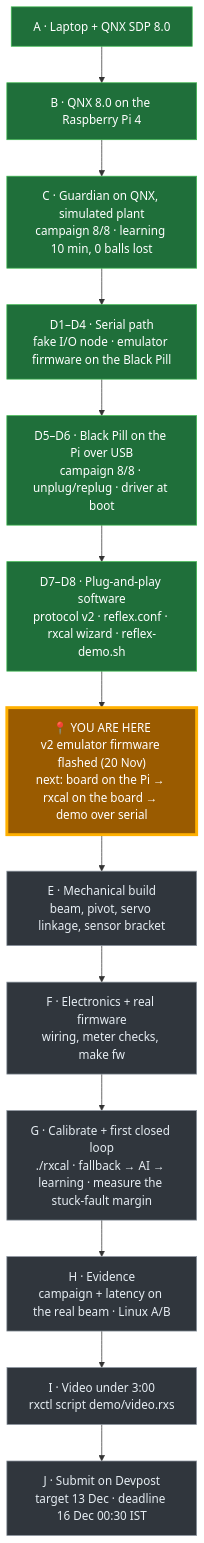
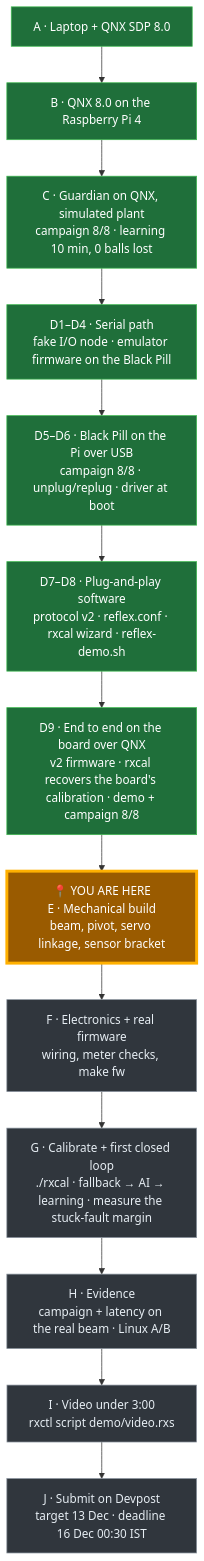
Before and after one commit to ApratimPhadke/Reflex: the diagram in README.md, drawn with Mermaid. The commit also changed other lines of this file and 12 other files, not shown here.

````diff
--- a/README.md
+++ b/README.md
@@ -138,19 +138,19 @@
 ```mermaid
 flowchart TD
     A["A · Laptop + QNX SDP 8.0"]:::done --> B["B · QNX 8.0 on the Raspberry Pi 4"]:::done
     B --> C["C · Guardian on QNX, simulated plant<br/>campaign 8/8 · learning 10 min, 0 balls lost"]:::done
     C --> D1["D1–D4 · Serial path<br/>fake I/O node · emulator firmware on the Black Pill"]:::done
     D1 --> D5["D5–D6 · Black Pill on the Pi over USB<br/>campaign 8/8 · unplug/replug · driver at boot"]:::done
     D5 --> D7["D7–D8 · Plug-and-play software<br/>protocol v2 · reflex.conf · rxcal wizard · reflex-demo.sh"]:::done
-    D7 --> NOW["📍 YOU ARE HERE<br/>v2 emulator firmware flashed (20 Nov)<br/>next: board on the Pi → rxcal on the board → demo over serial"]:::now
-    NOW --> E["E · Mechanical build<br/>beam, pivot, servo linkage, sensor bracket"]:::todo
+    D7 --> D9["D9 · End to end on the board over QNX<br/>v2 firmware · rxcal recovers the board's calibration · demo + campaign 8/8"]:::done
+    D9 --> E["📍 YOU ARE HERE<br/>E · Mechanical build<br/>beam, pivot, servo linkage, sensor bracket"]:::now
     E --> F["F · Electronics + real firmware<br/>wiring, meter checks, make fw"]:::todo
     F --> G["G · Calibrate + first closed loop<br/>./rxcal · fallback → AI → learning · measure the stuck-fault margin"]:::todo
     G --> H["H · Evidence<br/>campaign + latency on the real beam · Linux A/B"]:::todo
     H --> I["I · Video under 3:00<br/>rxctl script demo/video.rxs"]:::todo
     I --> J["J · Submit on Devpost<br/>target 13 Dec · deadline 16 Dec 00:30 IST"]:::todo
 
     classDef done fill:#1f6f3a,stroke:#3fb950,color:#ffffff
     classDef now fill:#9a5b00,stroke:#ffb000,stroke-width:4px,color:#ffffff
     classDef todo fill:#30363d,stroke:#8b949e,color:#e6edf3
 ```
````
